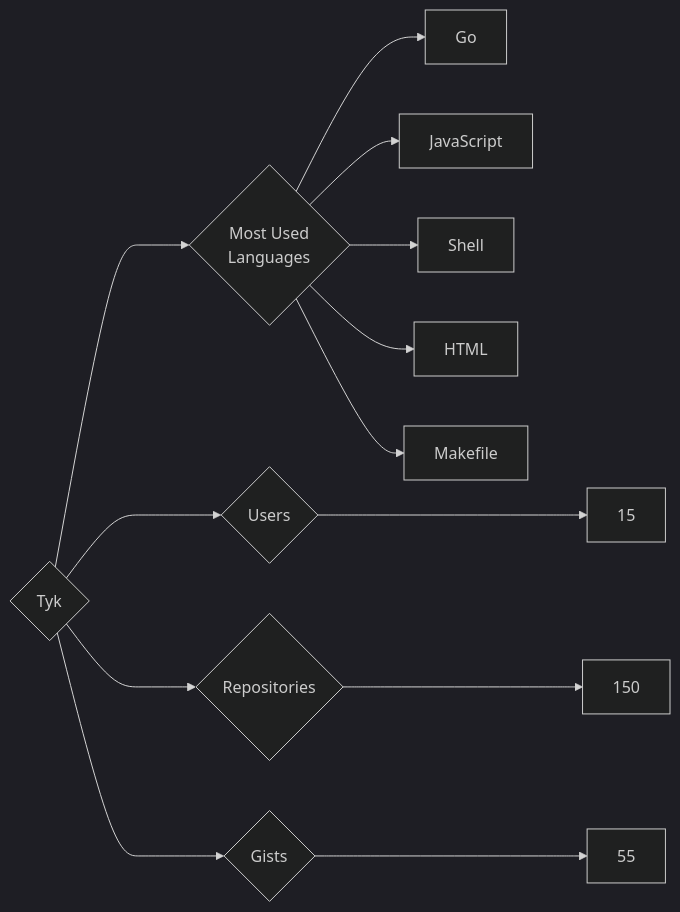
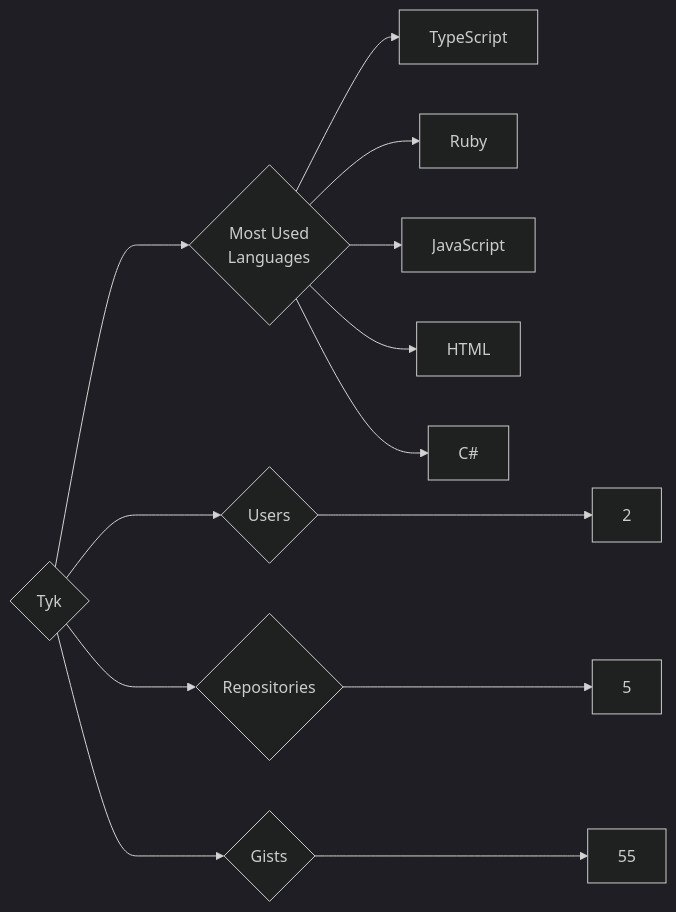
Before and after one commit to trickest/insiders: the diagram in targets/Tyk/README.md, drawn with Mermaid (dark theme). The commit also changed 972 other files, not shown here.

````diff
--- a/targets/Tyk/README.md
+++ b/targets/Tyk/README.md
@@ -3,13 +3,13 @@
 ```mermaid
 graph LR
 COMPANY_NAME{Tyk}
-COMPANY_NAME ---> U{Users} ---> UN[15]
-COMPANY_NAME ---> R{Repositories} ---> RN[150]
+COMPANY_NAME ---> U{Users} ---> UN[2]
+COMPANY_NAME ---> R{Repositories} ---> RN[5]
 COMPANY_NAME ---> G{Gists} ---> GN[55]
 COMPANY_NAME ---> ML{Most Used<br>Languages}
-ML --> Go[Go]
+ML --> TypeScript[TypeScript]
+ML --> Ruby[Ruby]
 ML --> JavaScript[JavaScript]
-ML --> Shell[Shell]
 ML --> HTML[HTML]
-ML --> Makefile[Makefile]
+ML --> C#[C#]
 ```
````
